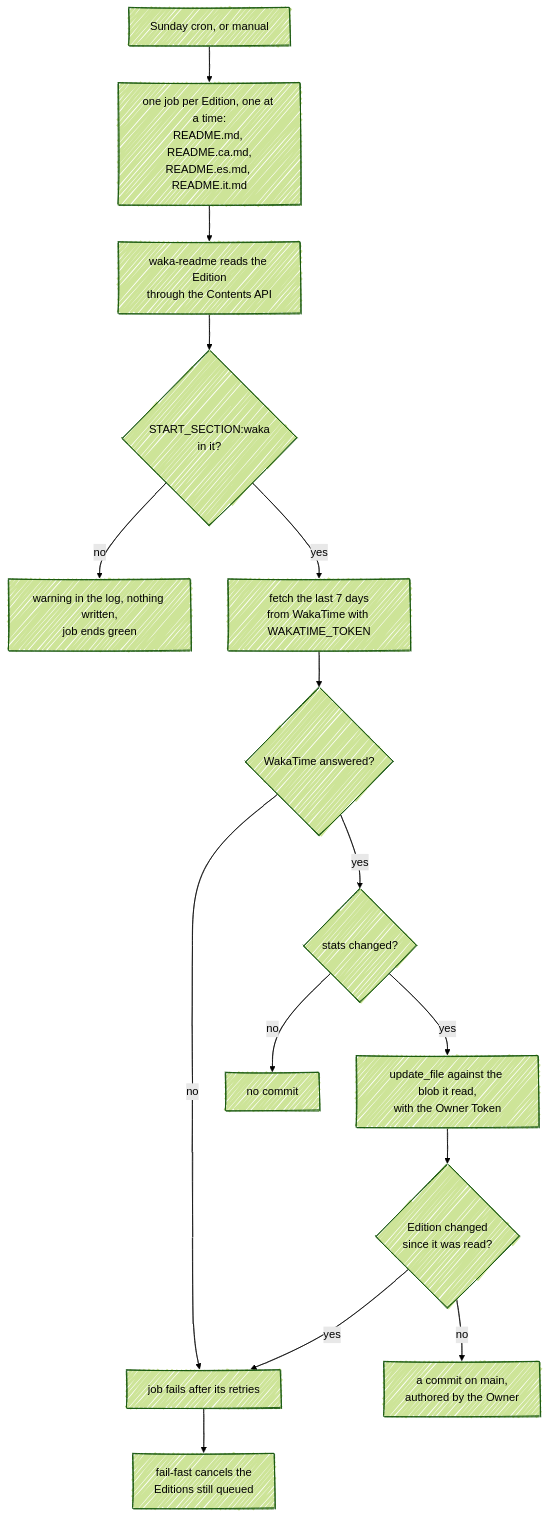
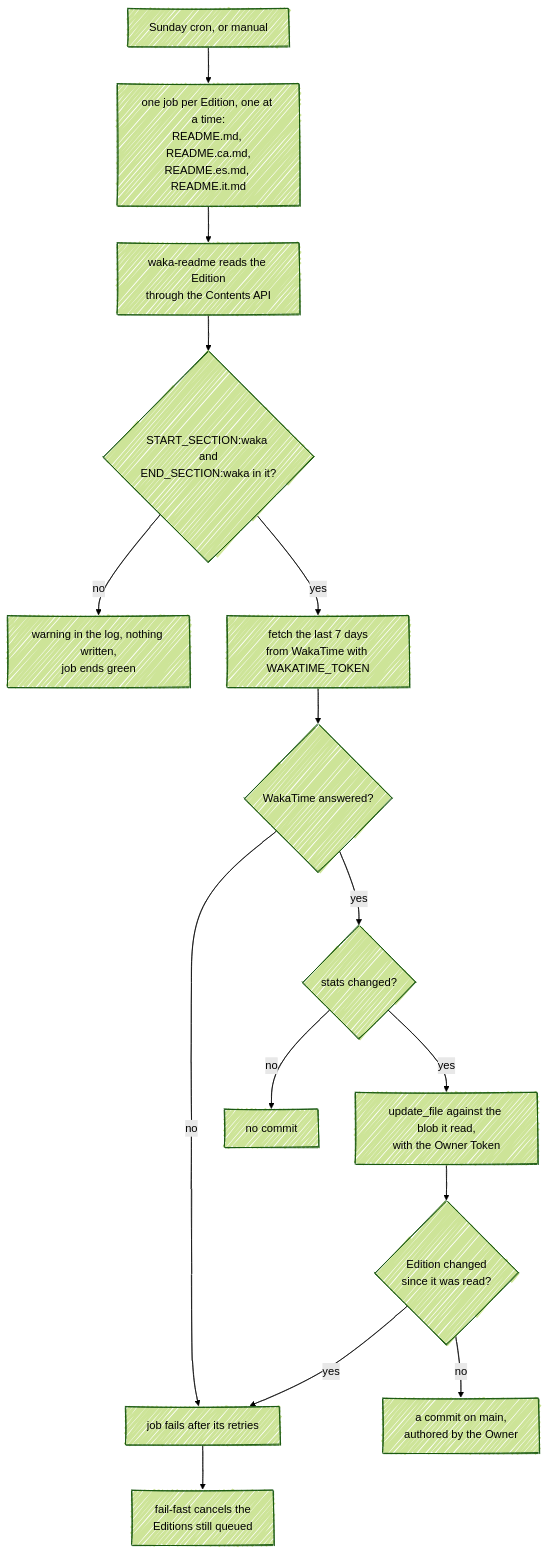
One commit to fbuireu/fbuireu changed the third of 9 diagrams in ARCHITECTURE.md. Above: the diagram before and after it, drawn with Mermaid (forest theme). The commit also changed other lines of this file, not shown here.

First line of the commit message:
docs: draw the refresh flows as the pinned actions run them

````diff
--- a/ARCHITECTURE.md
+++ b/ARCHITECTURE.md
@@ -135,22 +137,22 @@
 ```mermaid
 ---
 config:
   look: handDrawn
   layout: dagre
 ---
 flowchart TD
     cron["Sunday cron, or manual"] --> matrix["one job per Edition, one at a time:<br/>README.md, README.ca.md,<br/>README.es.md, README.it.md"]
     matrix --> read["waka-readme reads the Edition<br/>through the Contents API"]
-    read --> marker{"START_SECTION:waka<br/>in it?"}
+    read --> marker{"START_SECTION:waka and<br/>END_SECTION:waka in it?"}
     marker -->|no| silent["warning in the log, nothing written,<br/>job ends green"]
     marker -->|yes| fetch["fetch the last 7 days<br/>from WakaTime with WAKATIME_TOKEN"]
     fetch --> answered{"WakaTime answered?"}
     answered -->|no| failed["job fails after its retries"]
     answered -->|yes| changed{"stats changed?"}
     changed -->|no| unchanged["no commit"]
     changed -->|yes| commit["update_file against the blob it read,<br/>with the Owner Token"]
     commit --> stale{"Edition changed<br/>since it was read?"}
     stale -->|yes| failed
     stale -->|no| main["a commit on main,<br/>authored by the Owner"]
     failed --> cancel["fail-fast cancels the<br/>Editions still queued"]
 ```
````
